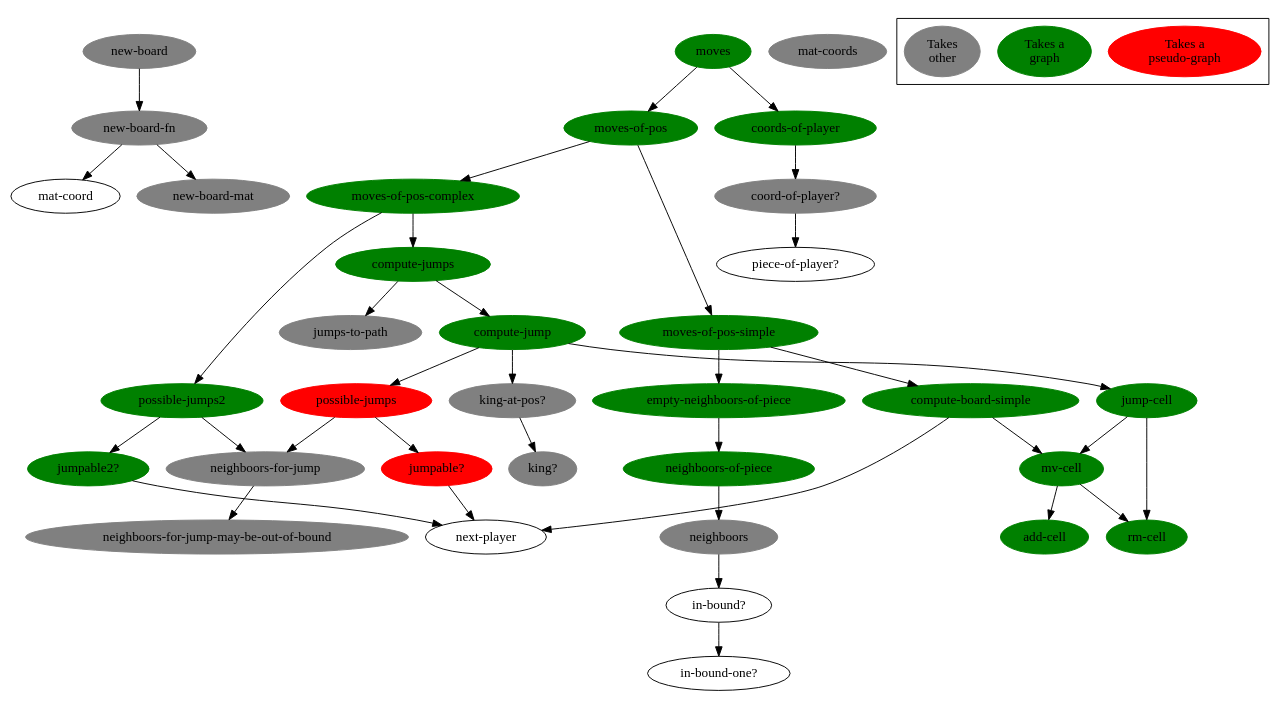
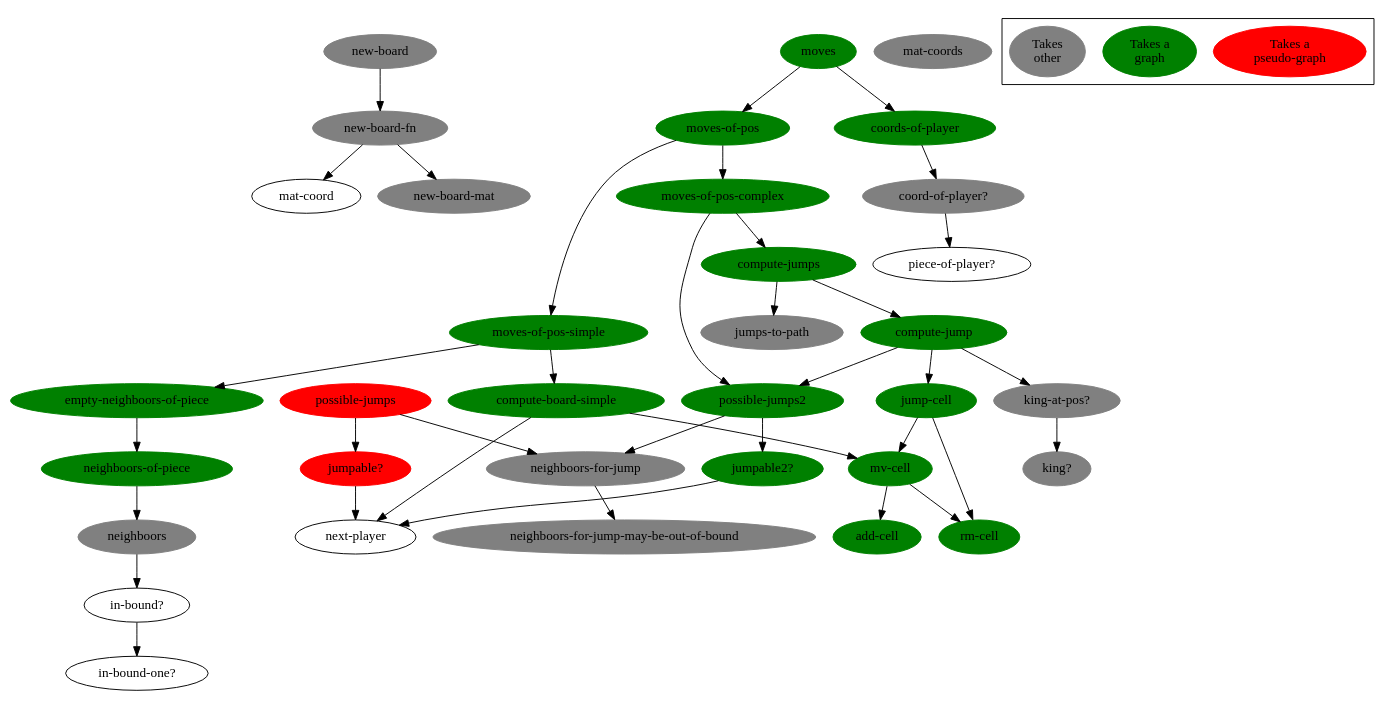
One commit to denlab/clojure-plays-checkers changed the diagram in doc/function-graph-detailled.dot. Above: the diagram before and after it, drawn with Graphviz. The commit also changed 1 other file, not shown here.

Commit message:
refacto-in-progress: branched compute-jump on possible-jump2, next step: remove possible-jumps and jumpable?

```diff
--- a/doc/function-graph-detailled.dot
+++ b/doc/function-graph-detailled.dot
@@ -1,119 +1,119 @@
 digraph funtions {
 
 /******************************************************************************
  *                         edges                                              *         
  ******************************************************************************/
 
         "new-board-fn" -> "mat-coord";
         "new-board-fn" -> "new-board-mat";
         
         "new-board" -> "new-board-fn";
 
         "in-bound?" -> "in-bound-one?";
 
         "neighboors" -> "in-bound?";
 
         "neighboors-of-piece" -> "neighboors";
 
         "empty-neighboors-of-piece" -> "neighboors-of-piece";
 
         "mv-cell" -> "rm-cell";
         "mv-cell" -> "add-cell";
 
         "compute-board-simple" -> "mv-cell";
         "compute-board-simple" -> "next-player";
 
         "moves-of-pos-simple" -> "compute-board-simple";
         "moves-of-pos-simple" ->  "empty-neighboors-of-piece";
         
         "neighboors-for-jump" -> "neighboors-for-jump-may-be-out-of-bound";
 
         "jumpable?" -> "next-player";
         "jumpable2?" -> "next-player";
 
         "possible-jumps" -> "jumpable?";
         "possible-jumps" -> "neighboors-for-jump";
 
         "possible-jumps2" -> "jumpable2?";
         "possible-jumps2" -> "neighboors-for-jump";
 
         "jump-cell" -> "rm-cell";
         "jump-cell" -> "mv-cell";
 
         "king-at-pos?" -> "king?";
 
         "compute-jump" -> "jump-cell";
-        "compute-jump" -> "possible-jumps";
+        "compute-jump" -> "possible-jumps2";
         "compute-jump" -> "king-at-pos?";
 
         "compute-jumps" -> "compute-jump";
         "compute-jumps" -> "jumps-to-path";
 
         "moves-of-pos-complex" -> "compute-jumps";
         "moves-of-pos-complex" -> "possible-jumps2";
 
         "moves-of-pos" -> "moves-of-pos-simple";
         "moves-of-pos" -> "moves-of-pos-complex";
 
         "coord-of-player?" -> "piece-of-player?";
 
         "coords-of-player" -> "coord-of-player?";
 
         "moves" -> "moves-of-pos";
         "moves" -> "coords-of-player";
 
 /******************************************************************************
  *                         nodes                                              *         
  ******************************************************************************/
 
         "moves"[bgcolor=green color=green style=filled];
         "coords-of-player"[bgcolor=green color=green style=filled];
         "moves-of-pos"[bgcolor=green color=green style=filled];
         "moves-of-pos-complex"[bgcolor=green color=green style=filled];
         "moves-of-pos-simple"[bgcolor=green color=green style=filled];
         "compute-board-simple"[bgcolor=green color=green style=filled];
         "mv-cell"[bgcolor=green color=green style=filled];
         "add-cell"[bgcolor=green color=green style=filled];
         "rm-cell"[bgcolor=green color=green style=filled];
         "empty-neighboors-of-piece"[bgcolor=green color=green style=filled];
         "neighboors-of-piece"[bgcolor=green color=green style=filled];
 
         "compute-jump"[bgcolor=green color=green style=filled];
 
         "jump-cell"[bgcolor=green color=green style=filled];
         "possible-jumps"[bgcolor=red color=red style=filled];
         "possible-jumps2"[bgcolor=green color=green style=filled];
         "jumpable?"[bgcolor=red color=red style=filled];
         "jumpable2?"[bgcolor=green color=green style=filled];
 
         "coord-of-player?"[bgcolor=grey color=grey style=filled];
         "jumps-to-path"[bgcolor=grey color=grey style=filled];
         "king-at-pos?"[bgcolor=grey color=grey style=filled];
         "king?"[bgcolor=grey color=grey style=filled];
         "neighboors-for-jump"[bgcolor=grey color=grey style=filled];
         "neighboors-for-jump-may-be-out-of-bound"[bgcolor=grey color=grey style=filled];
         "neighboors"[bgcolor=grey color=grey style=filled];
         "new-board"[bgcolor=grey color=grey style=filled];
         "new-board-fn"[bgcolor=grey color=grey style=filled];
         "new-board-mat"[bgcolor=grey color=grey style=filled];
         "mat-coords"[bgcolor=grey color=grey style=filled];
 
 
         "compute-jumps"[bgcolor=green color=green style=filled];
 
 /******************************************************************************
  *                         legend                                             *         
  ******************************************************************************/
 
         "Takes a\npseudo-graph"[bgcolor=red color=red style=filled];
         "Takes a\ngraph"[bgcolor=green color=green style=filled];
 //        "Takes\nother"[bgcolor="#94003f" color="#94003f" style=filled];
         "Takes\nother"[bgcolor=grey color=grey style=filled];
 
         subgraph "cluster-legend" {
                 "Takes a\npseudo-graph";
                 "Takes a\ngraph";
                 "Takes\nother";
         }
 
 }
```
